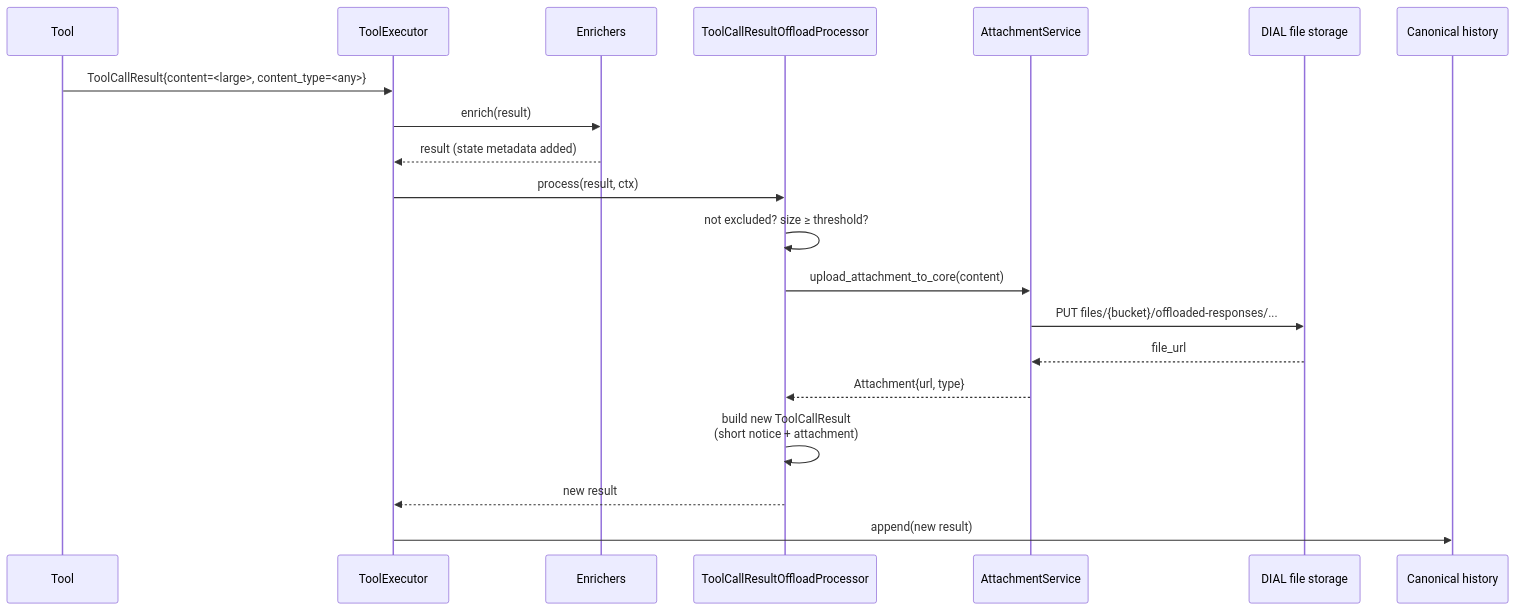
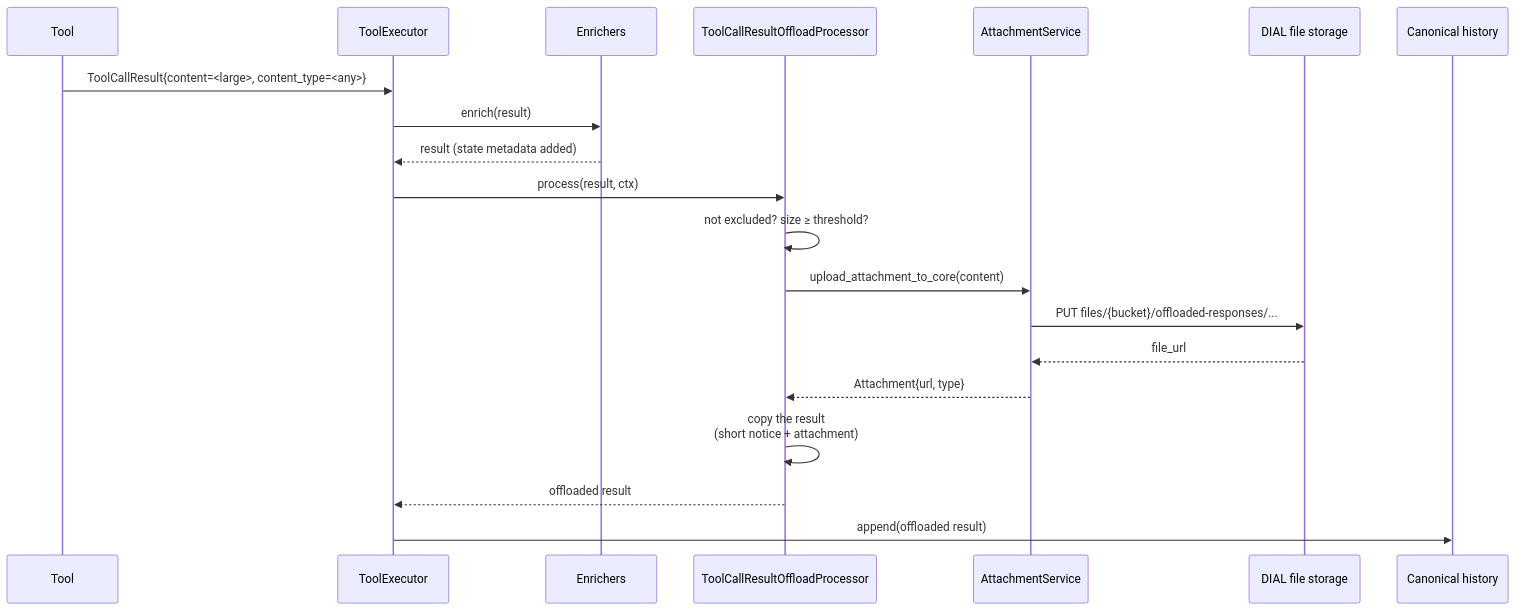
One commit to epam/ai-dial-quickapps-backend changed the third of 4 diagrams in docs/designs/large_tool_responses.md. Above: the diagram before and after it, drawn with Mermaid. The commit also changed other lines of this file and 4 other files, not shown here.

Commit message:
fix: keep usage and annotations of offloaded tool results (#695)

````diff
--- a/docs/designs/large_tool_responses.md
+++ b/docs/designs/large_tool_responses.md
@@ -235,23 +235,23 @@
 ```mermaid
 sequenceDiagram
     participant Tool
     participant TE as ToolExecutor
     participant Enr as Enrichers
     participant LRP as ToolCallResultOffloadProcessor
     participant AS as AttachmentService
     participant DIAL as DIAL file storage
     participant Hist as Canonical history
 
     Tool->>TE: ToolCallResult{content=<large>, content_type=<any>}
     TE->>Enr: enrich(result)
     Enr-->>TE: result (state metadata added)
     TE->>LRP: process(result, ctx)
     LRP->>LRP: not excluded? size ≥ threshold?
     LRP->>AS: upload_attachment_to_core(content)
     AS->>DIAL: PUT files/{bucket}/offloaded-responses/...
     DIAL-->>AS: file_url
     AS-->>LRP: Attachment{url, type}
-    LRP->>LRP: build new ToolCallResult<br/>(short notice + attachment)
-    LRP-->>TE: new result
-    TE->>Hist: append(new result)
+    LRP->>LRP: copy the result<br/>(short notice + attachment)
+    LRP-->>TE: offloaded result
+    TE->>Hist: append(offloaded result)
 ```
````
